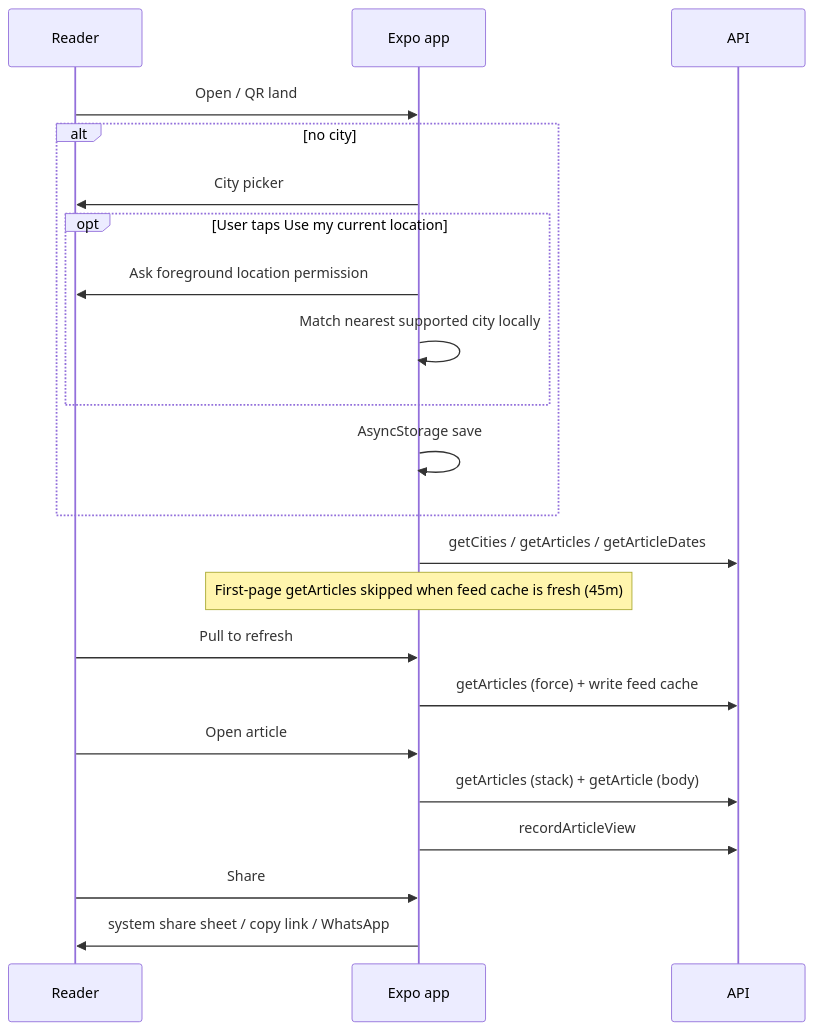
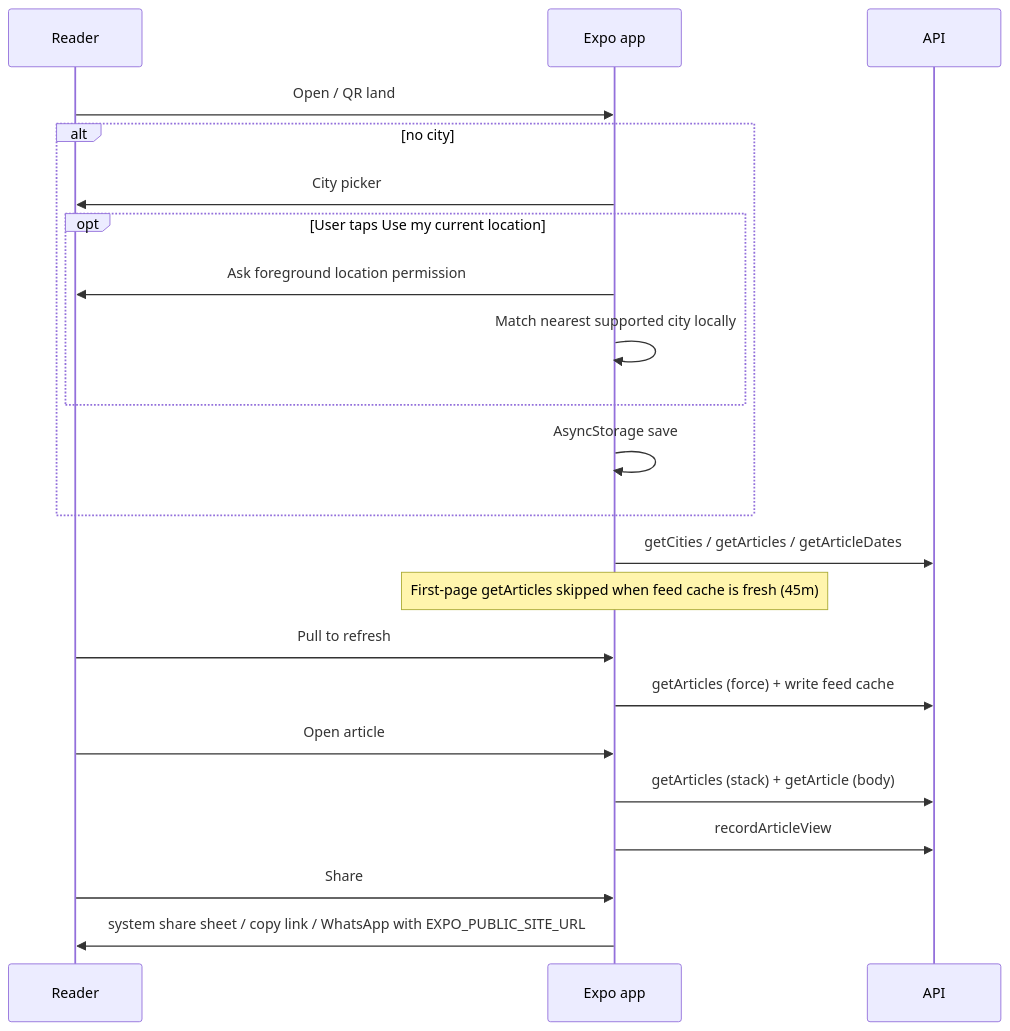
One commit to sshivanshg/TAZAkhabar changed the second of 2 diagrams in docs/architecture/06-reader-app.md. Above: the diagram before and after it, drawn with Mermaid. The commit also changed other lines of this file and 7 other files, not shown here.

Commit message:
fix: share reader links to public site

````diff
--- a/docs/architecture/06-reader-app.md
+++ b/docs/architecture/06-reader-app.md
@@ -106,24 +106,24 @@
 ```mermaid
 sequenceDiagram
   participant U as Reader
   participant App as Expo app
   participant API as API
   U->>App: Open / QR land
   alt no city
     App->>U: City picker
     opt User taps Use my current location
       App->>U: Ask foreground location permission
       App->>App: Match nearest supported city locally
     end
     App->>App: AsyncStorage save
   end
   App->>API: getCities / getArticles / getArticleDates
   Note over App: First-page getArticles skipped when feed cache is fresh (45m)
   U->>App: Pull to refresh
   App->>API: getArticles (force) + write feed cache
   U->>App: Open article
   App->>API: getArticles (stack) + getArticle (body)
   App->>API: recordArticleView
   U->>App: Share
-  App->>U: system share sheet / copy link / WhatsApp
+  App->>U: system share sheet / copy link / WhatsApp with EXPO_PUBLIC_SITE_URL
 ```
````
